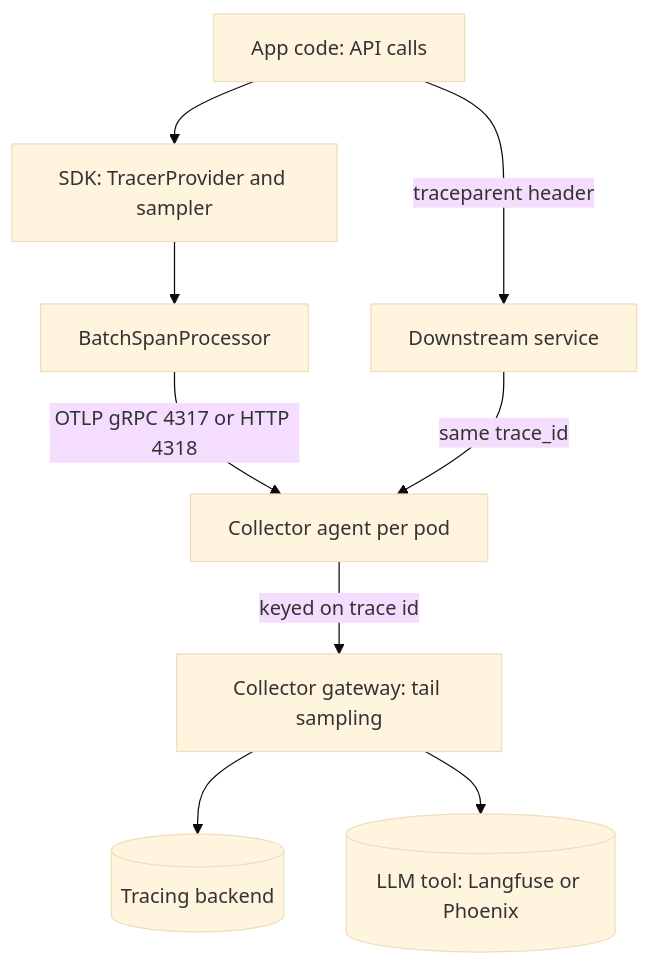
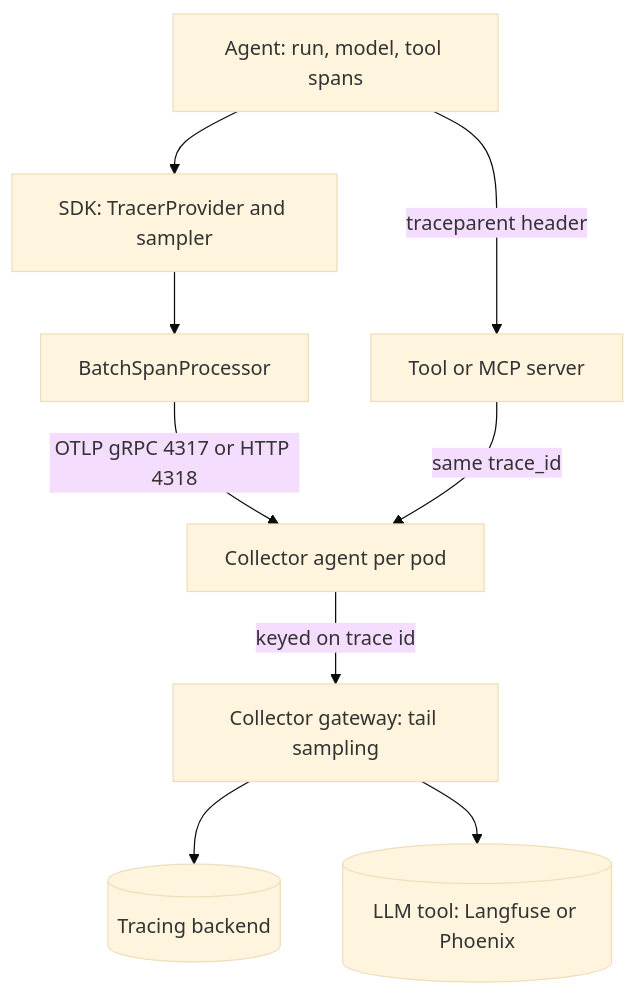
One commit to lovishmahajan97/agentic-learning changed the diagram in content/observability/opentelemetry.md. Above: the diagram before and after it, drawn with Mermaid (base theme). The commit also changed other lines of this file and 348 other files, not shown here.

````diff
--- a/content/observability/opentelemetry.md
+++ b/content/observability/opentelemetry.md
@@ -142,11 +143,11 @@
 ```mermaid
 flowchart TD
-    A["App code: API calls"] --> S["SDK: TracerProvider and sampler"]
+    A["Agent: run, model, tool spans"] --> S["SDK: TracerProvider and sampler"]
     S --> B["BatchSpanProcessor"]
     B -->|"OTLP gRPC 4317 or HTTP 4318"| CA["Collector agent per pod"]
     CA -->|"keyed on trace id"| CG["Collector gateway: tail sampling"]
     CG --> T[("Tracing backend")]
     CG --> L[("LLM tool: Langfuse or Phoenix")]
-    A -->|"traceparent header"| D["Downstream service"]
+    A -->|"traceparent header"| D["Tool or MCP server"]
     D -->|"same trace_id"| CA
 ```
````
